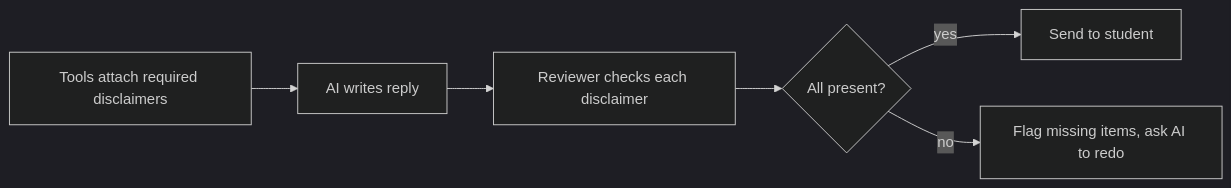
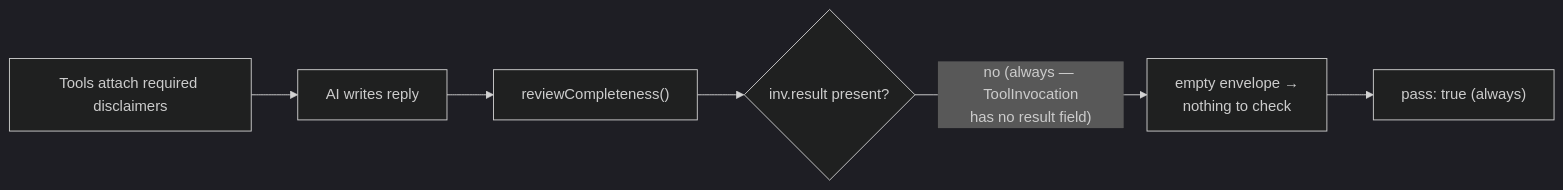
The first of 2 diagrams in Docs/current-system/engine/completeness-reviewer.md (EdoardoMongardi/NYU_Path), drawn with Mermaid (dark theme) before and after one commit. The commit also changed other lines of this file and 73 other files, not shown here.

````diff
--- a/Docs/current-system/engine/completeness-reviewer.md
+++ b/Docs/current-system/engine/completeness-reviewer.md
@@ -9,8 +11,8 @@
 ```mermaid
 flowchart LR
     Tools[Tools attach required disclaimers] --> Reply[AI writes reply]
-    Reply --> Reviewer[Reviewer checks each disclaimer]
-    Reviewer --> Verdict{All present?}
-    Verdict -->|yes| Ship[Send to student]
-    Verdict -->|no| Flag[Flag missing items, ask AI to redo]
+    Reply --> Reviewer["reviewCompleteness()"]
+    Reviewer --> Probe{"inv.result present?"}
+    Probe -->|"no (always — ToolInvocation<br/>has no result field)"| Empty["empty envelope →<br/>nothing to check"]
+    Empty --> Pass["pass: true (always)"]
 ```
````
